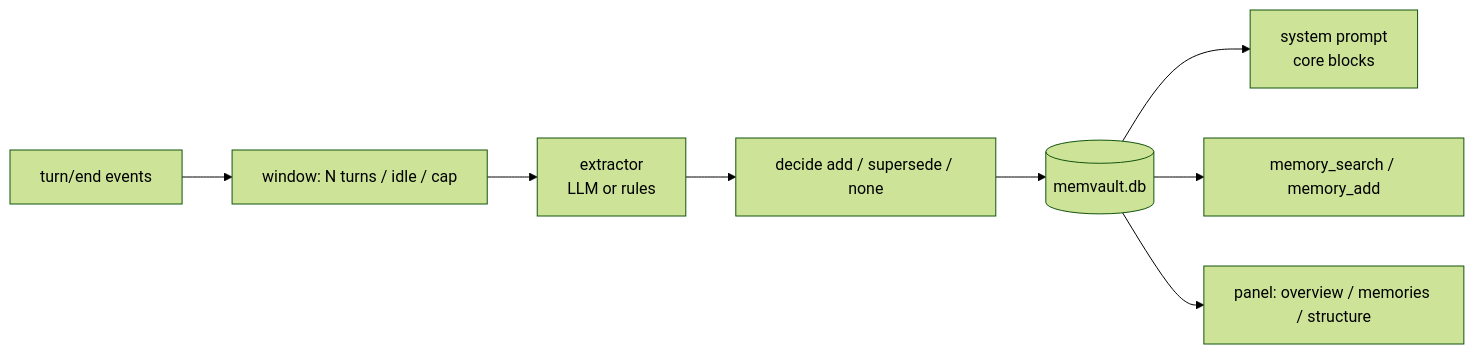
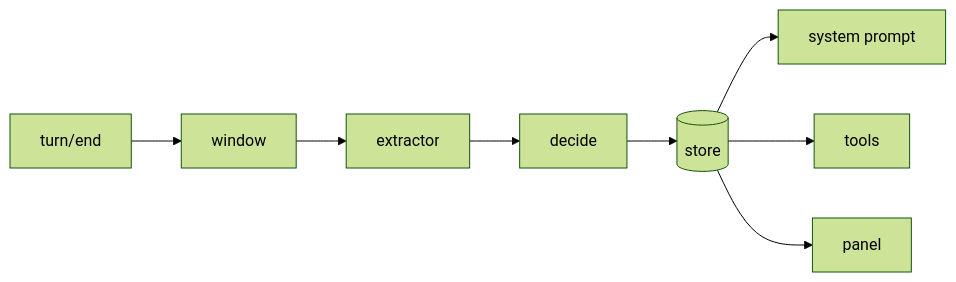
The diagram in README.md (zhang66633/dsh-memvault), drawn with Mermaid (forest theme) before and after one commit. The commit also changed other lines of this file and 1 other file, not shown here.

````diff
--- a/README.md
+++ b/README.md
@@ -143,10 +78,7 @@
 ```mermaid
 flowchart LR
-  T[turn/end events] --> W[window: N turns / idle / cap]
-  W --> X[extractor<br/>LLM or rules]
-  X --> D[decide add / supersede / none]
-  D --> S[(memvault.db)]
-  S --> P[system prompt<br/>core blocks]
-  S --> M[memory_search / memory_add]
-  S --> U[panel: overview / memories / structure]
+  T[turn/end] --> W[window] --> X[extractor] --> D[decide] --> S[(store)]
+  S --> P[system prompt]
+  S --> M[tools]
+  S --> U[panel]
 ```
````
